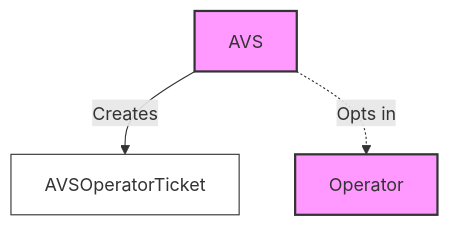
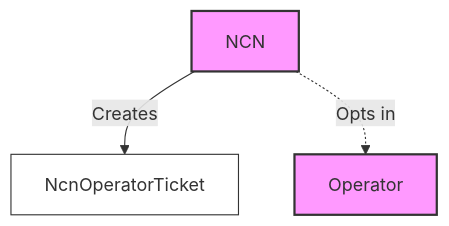
One commit to jito-foundation/restaking changed the second of 5 diagrams in docs/concepts/restaking_program.md. Above: the diagram before and after it, drawn with Mermaid. The commit also changed other lines of this file and 61 other files, not shown here.

Commit message:
Rename AVS -> NCN (#25)

````diff
--- a/docs/concepts/restaking_program.md
+++ b/docs/concepts/restaking_program.md
@@ -74,10 +74,10 @@
 ```mermaid
 graph TD
     classDef main fill: #f9f, stroke: #333, stroke-width: 2px;
     classDef ticket fill: #fff, stroke: #333, stroke-width: 1px;
-    AVS[AVS]:::main
+    NCN[NCN]:::main
     Operator[Operator]:::main
-    AvsOperatorTicket[AVSOperatorTicket]:::ticket
-    AVS -->|Creates| AvsOperatorTicket
-    AVS -.->|Opts in| Operator
+    NcnOperatorTicket[NcnOperatorTicket]:::ticket
+    NCN -->|Creates| NcnOperatorTicket
+    NCN -.->|Opts in| Operator
 ```
````
